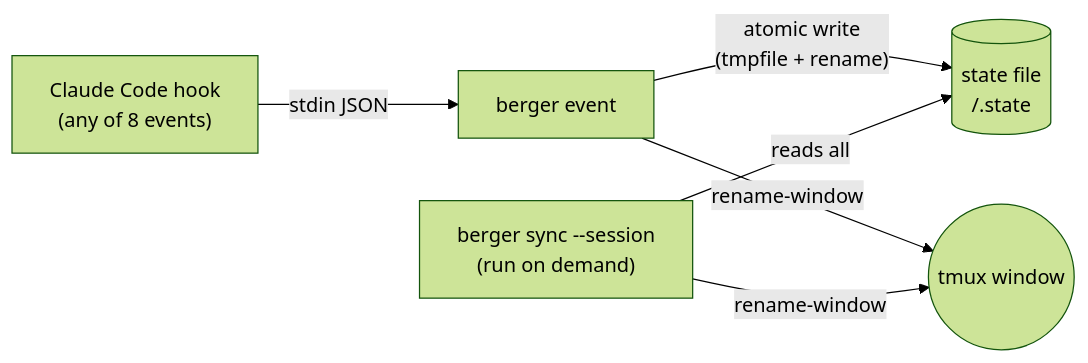
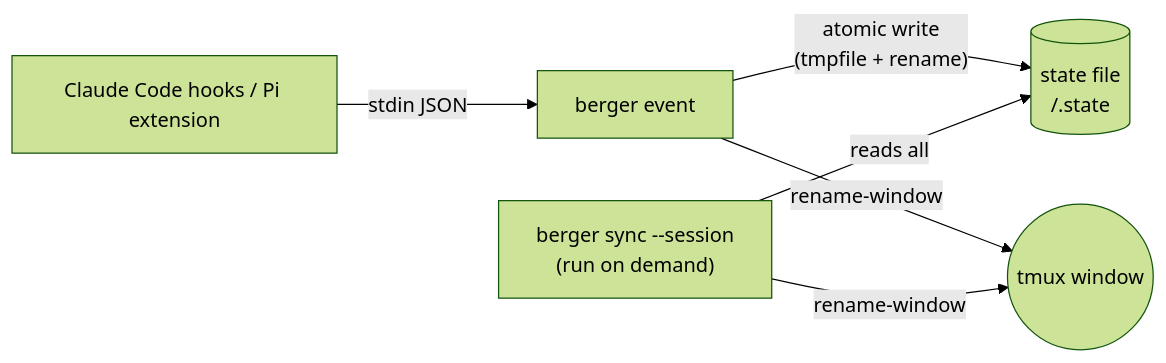
Before and after one commit to chrizzlekicks/berger: the diagram in README.md, drawn with Mermaid (forest theme). The commit also changed other lines of this file and 14 other files, not shown here.

````diff
--- a/README.md
+++ b/README.md
@@ -130,9 +151,9 @@
 ```mermaid
 flowchart LR
-    hook["Claude Code hook\n(any of 8 events)"] -->|stdin JSON| event["berger event"]
+    hook["Claude Code hooks / Pi extension"] -->|stdin JSON| event["berger event"]
     event -->|"atomic write\n(tmpfile + rename)"| state[("state file\n<session>/<agent>.state")]
     event -->|rename-window| tmux(("tmux window\n<agent><symbol>"))
 
     sync["berger sync --session <name>\n(run on demand)"] -->|reads all| state
     sync -->|rename-window| tmux
 ```
````
